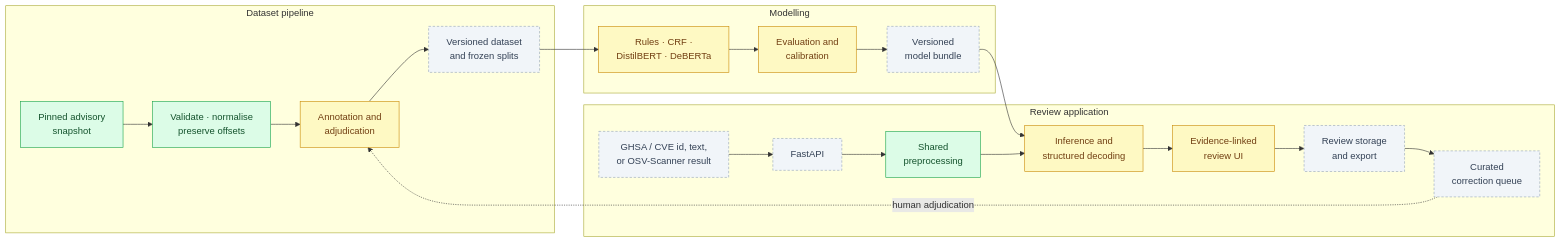
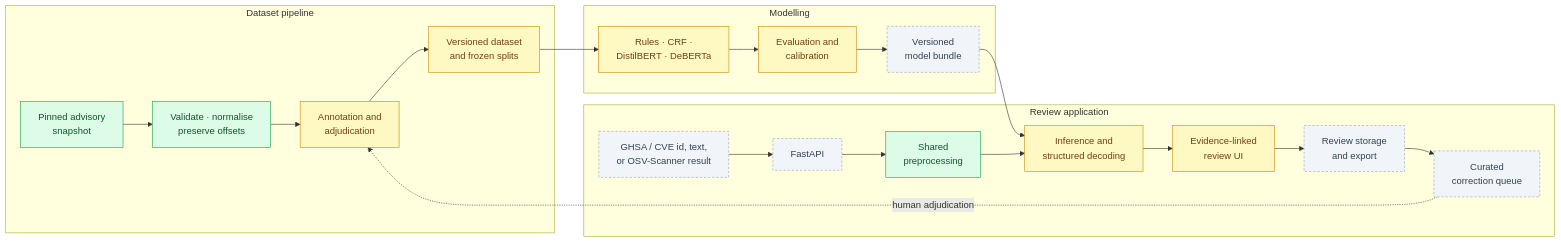
Before and after one commit to professor3333/TriggerMap: the diagram in README.md, drawn with Mermaid. The commit also changed other lines of this file and 20 other files, not shown here.

````diff
--- a/README.md
+++ b/README.md
@@ -32,30 +32,30 @@
 ```mermaid
 flowchart LR
     subgraph Data["Dataset pipeline"]
         A[Pinned advisory<br>snapshot] --> B[Validate · normalise<br>preserve offsets]
         B --> C[Annotation and<br>adjudication]
         C --> D[Versioned dataset<br>and frozen splits]
     end
     subgraph Models["Modelling"]
         D --> E[Rules · CRF ·<br>DistilBERT · DeBERTa]
         E --> F[Evaluation and<br>calibration]
         F --> G[Versioned<br>model bundle]
     end
     subgraph Serving["Review application"]
         H[GHSA / CVE id, text,<br>or OSV-Scanner result] --> I[FastAPI]
         I --> J[Shared<br>preprocessing]
         J --> K[Inference and<br>structured decoding]
         G --> K
         K --> L[Evidence-linked<br>review UI]
         L --> M[Review storage<br>and export]
         M --> N[Curated<br>correction queue]
     end
     N -. human adjudication .-> C
 
     classDef done fill:#dcfce7,stroke:#16a34a,color:#14532d
     classDef progress fill:#fef9c3,stroke:#ca8a04,color:#713f12
     classDef planned fill:#f1f5f9,stroke:#94a3b8,color:#334155,stroke-dasharray:4 3
     class A,B,J done
-    class C,E,F,K,L progress
-    class D,G,H,I,M,N planned
+    class C,D,E,F,K,L progress
+    class G,H,I,M,N planned
 ```
````
